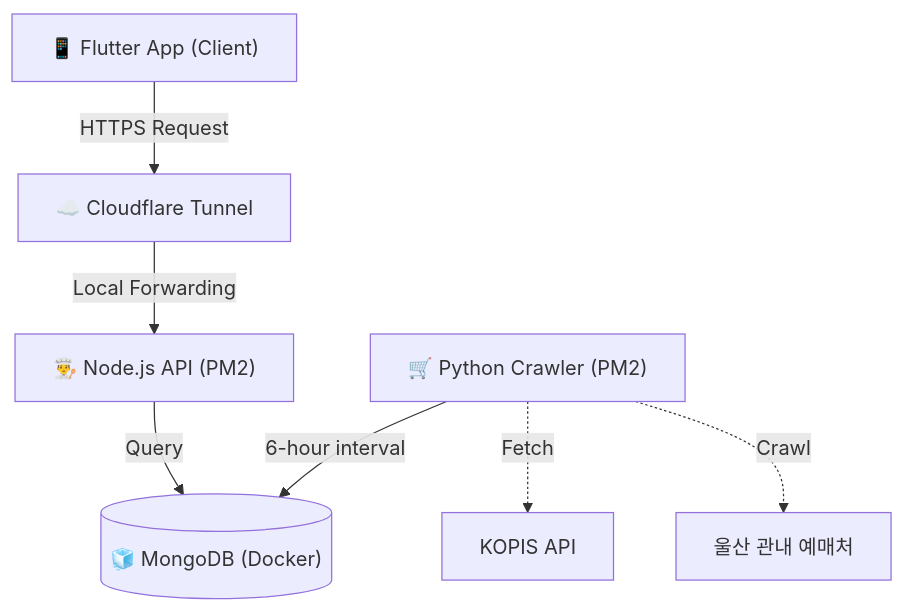
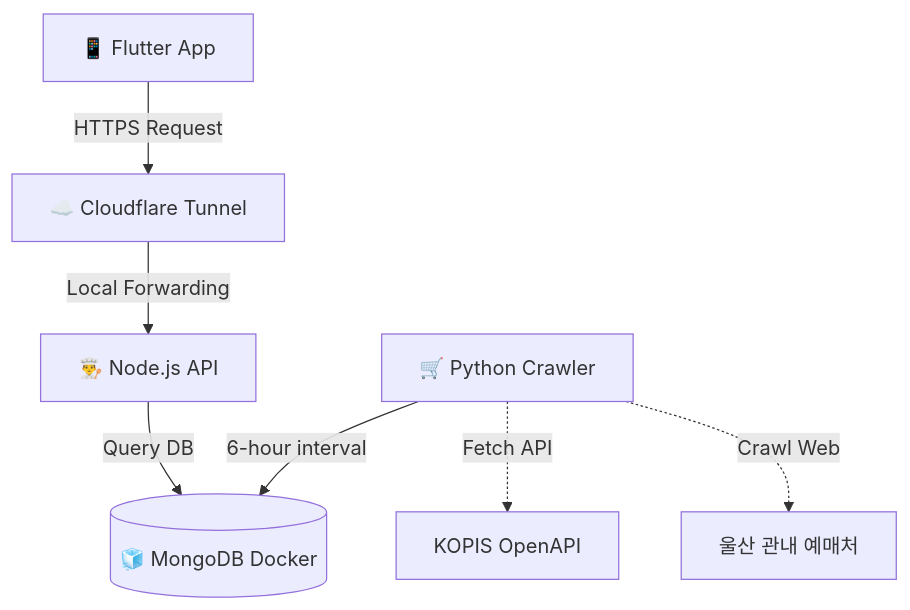
Before and after one commit to Forevernewvie/u-art: the diagram in README.md, drawn with Mermaid.

Commit message:
docs: fix Mermaid diagram syntax in README for GitHub rendering

````diff
--- a/README.md
+++ b/README.md
@@ -24,9 +24,9 @@
 ```mermaid
 graph TD
-    Flutter["📱 Flutter App (Client)"] -->|"HTTPS Request"| CF["☁️ Cloudflare Tunnel"]
-    CF -->|"Local Forwarding"| Node["👨‍🍳 Node.js API (PM2)"]
-    Node -->|"Query"| DB[("🧊 MongoDB (Docker)")]
-    Crawler["🛒 Python Crawler (PM2)"] -->|"6-hour interval"| DB
-    Crawler -.->|"Fetch"| KOPIS["KOPIS API"]
-    Crawler -.->|"Crawl"| LocalWeb["울산 관내 예매처"]
+    Flutter[📱 Flutter App] -->|HTTPS Request| CF[☁️ Cloudflare Tunnel]
+    CF -->|Local Forwarding| Node[👨‍🍳 Node.js API]
+    Node -->|Query DB| DB[(🧊 MongoDB Docker)]
+    Crawler[🛒 Python Crawler] -->|6-hour interval| DB
+    Crawler -.->|Fetch API| KOPIS[KOPIS OpenAPI]
+    Crawler -.->|Crawl Web| LocalWeb[울산 관내 예매처]
 ```
````
